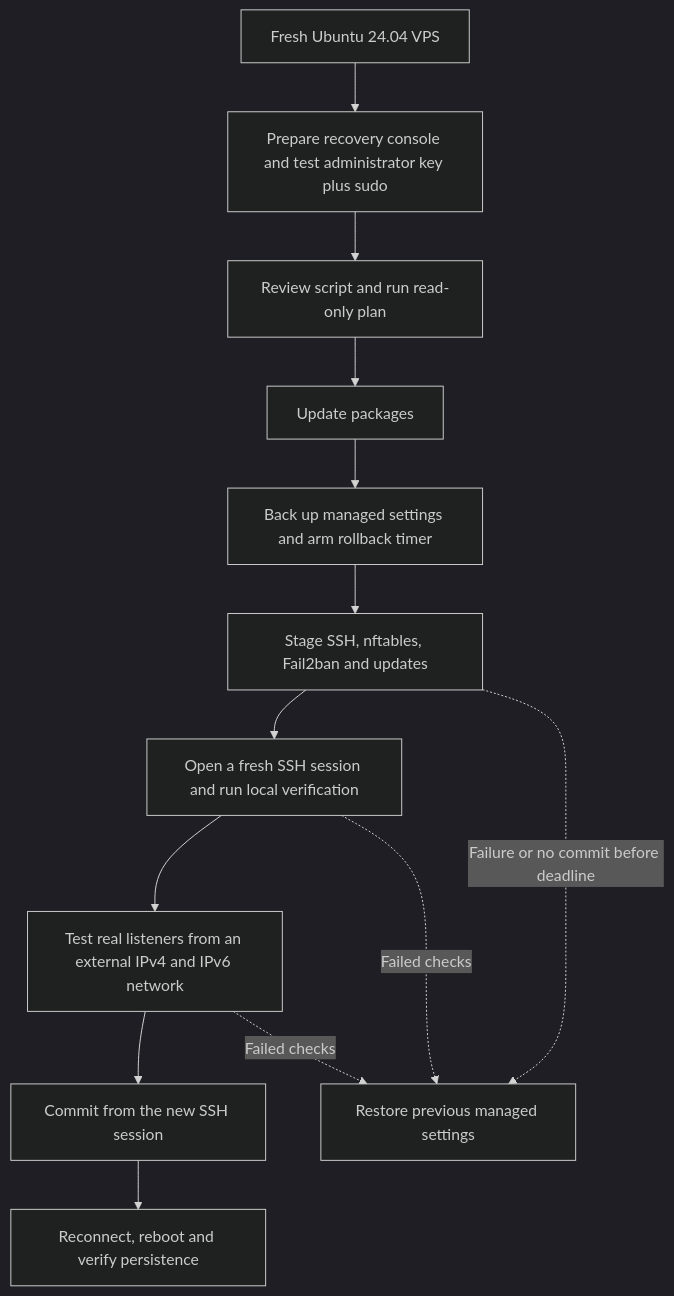
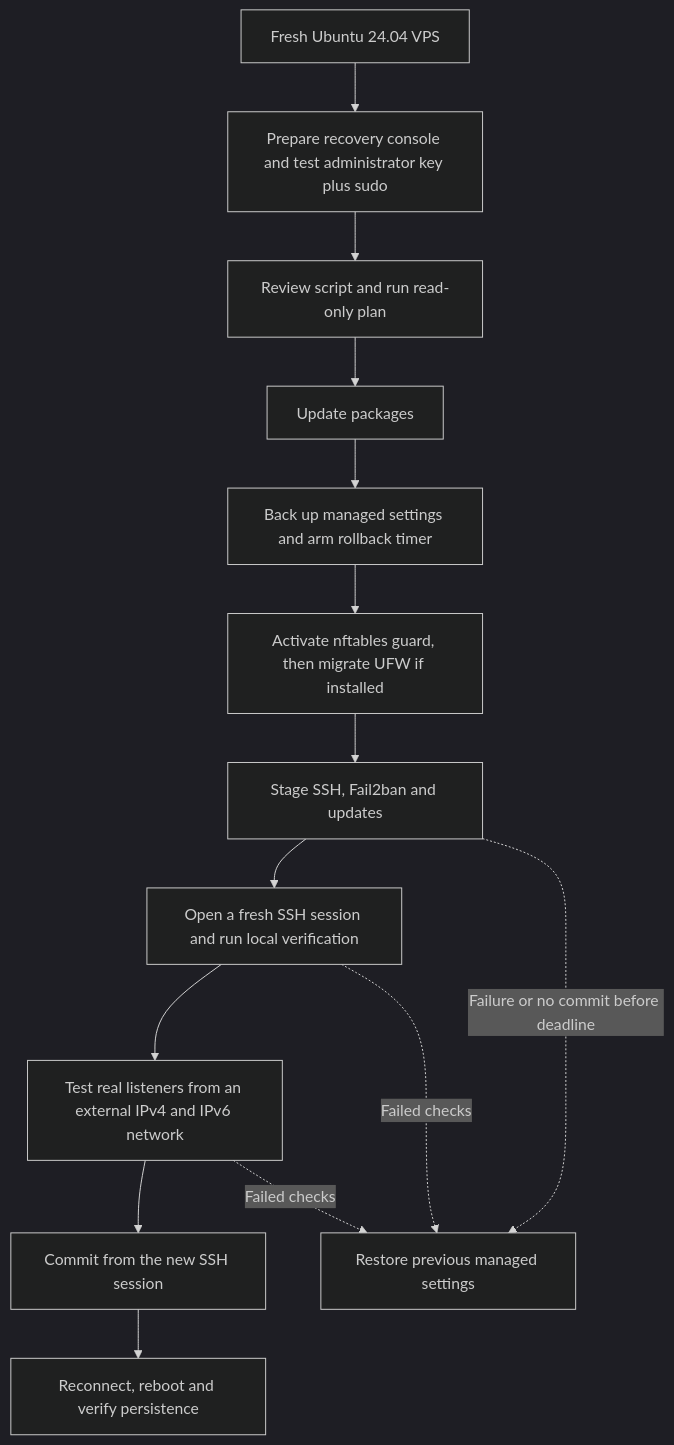
One commit to ltpquang/vps-hardening changed the first of 2 diagrams in README.md. Above: the diagram before and after it, drawn with Mermaid (dark theme). The commit also changed other lines of this file and 3 other files, not shown here.

````diff
--- a/README.md
+++ b/README.md
@@ -52,15 +52,16 @@
 ```mermaid
 flowchart TD
     A[Fresh Ubuntu 24.04 VPS] --> B[Prepare recovery console and test administrator key plus sudo]
     B --> C[Review script and run read-only plan]
     C --> D[Update packages]
     D --> E[Back up managed settings and arm rollback timer]
-    E --> F[Stage SSH, nftables, Fail2ban and updates]
+    E --> U[Activate nftables guard, then migrate UFW if installed]
+    U --> F[Stage SSH, Fail2ban and updates]
     F --> G[Open a fresh SSH session and run local verification]
     G --> H[Test real listeners from an external IPv4 and IPv6 network]
     H --> I[Commit from the new SSH session]
     I --> J[Reconnect, reboot and verify persistence]
     F -. Failure or no commit before deadline .-> R[Restore previous managed settings]
     G -. Failed checks .-> R
     H -. Failed checks .-> R
 ```
````
